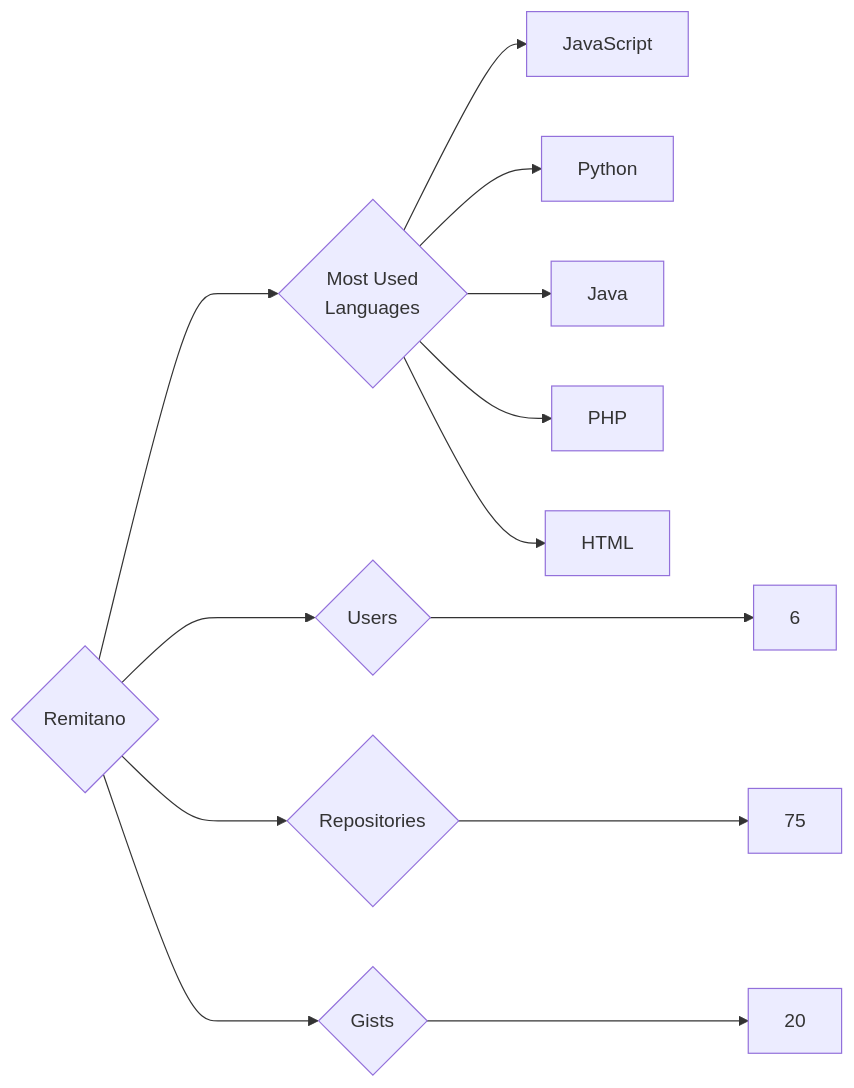
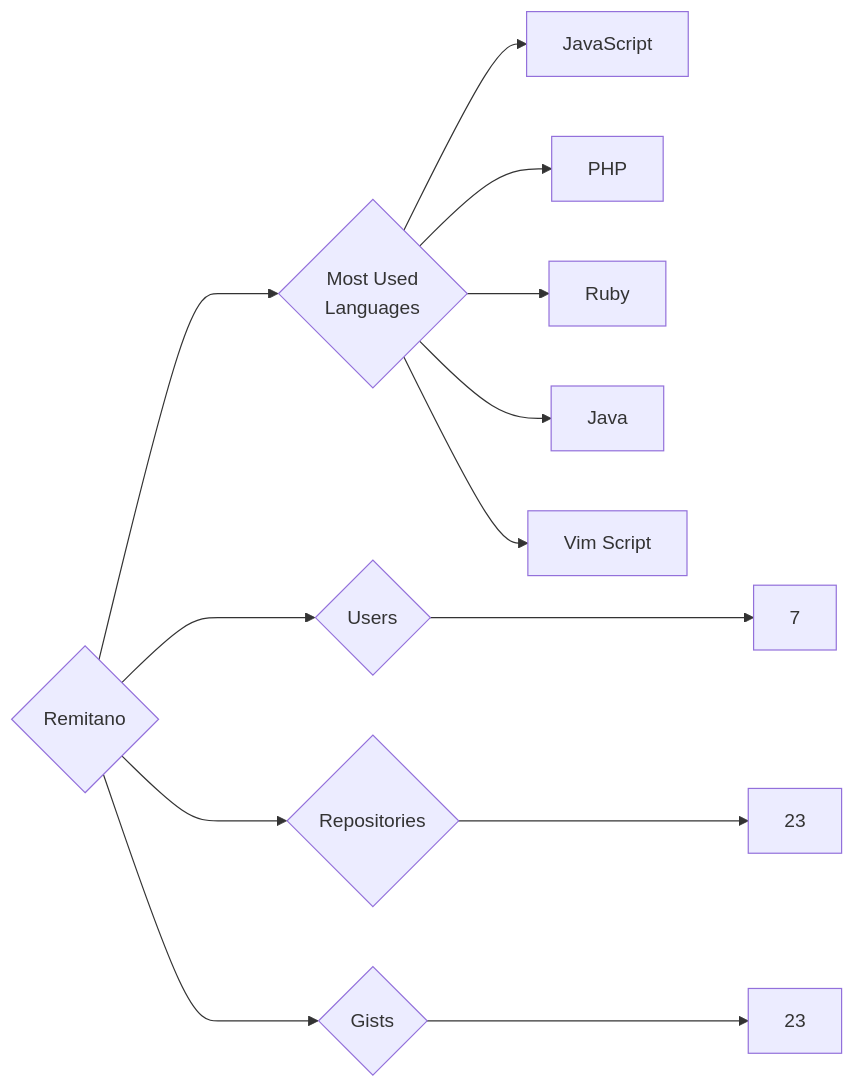
One commit to trickest/insiders changed the diagram in targets/Remitano/README.md. Above: the diagram before and after it, drawn with Mermaid. The commit also changed 582 other files, not shown here.

````diff
--- a/targets/Remitano/README.md
+++ b/targets/Remitano/README.md
@@ -3,13 +3,13 @@
 ```mermaid
 graph LR
 COMPANY_NAME{Remitano}
-COMPANY_NAME ---> U{Users} ---> UN[6]
-COMPANY_NAME ---> R{Repositories} ---> RN[75]
-COMPANY_NAME ---> G{Gists} ---> GN[20]
+COMPANY_NAME ---> U{Users} ---> UN[7]
+COMPANY_NAME ---> R{Repositories} ---> RN[23]
+COMPANY_NAME ---> G{Gists} ---> GN[23]
 COMPANY_NAME ---> ML{Most Used<br>Languages}
 ML --> JavaScript[JavaScript]
-ML --> Python[Python]
+ML --> PHP[PHP]
+ML --> Ruby[Ruby]
 ML --> Java[Java]
-ML --> PHP[PHP]
-ML --> HTML[HTML]
+ML --> Vim_Script[Vim Script]
 ```
````
